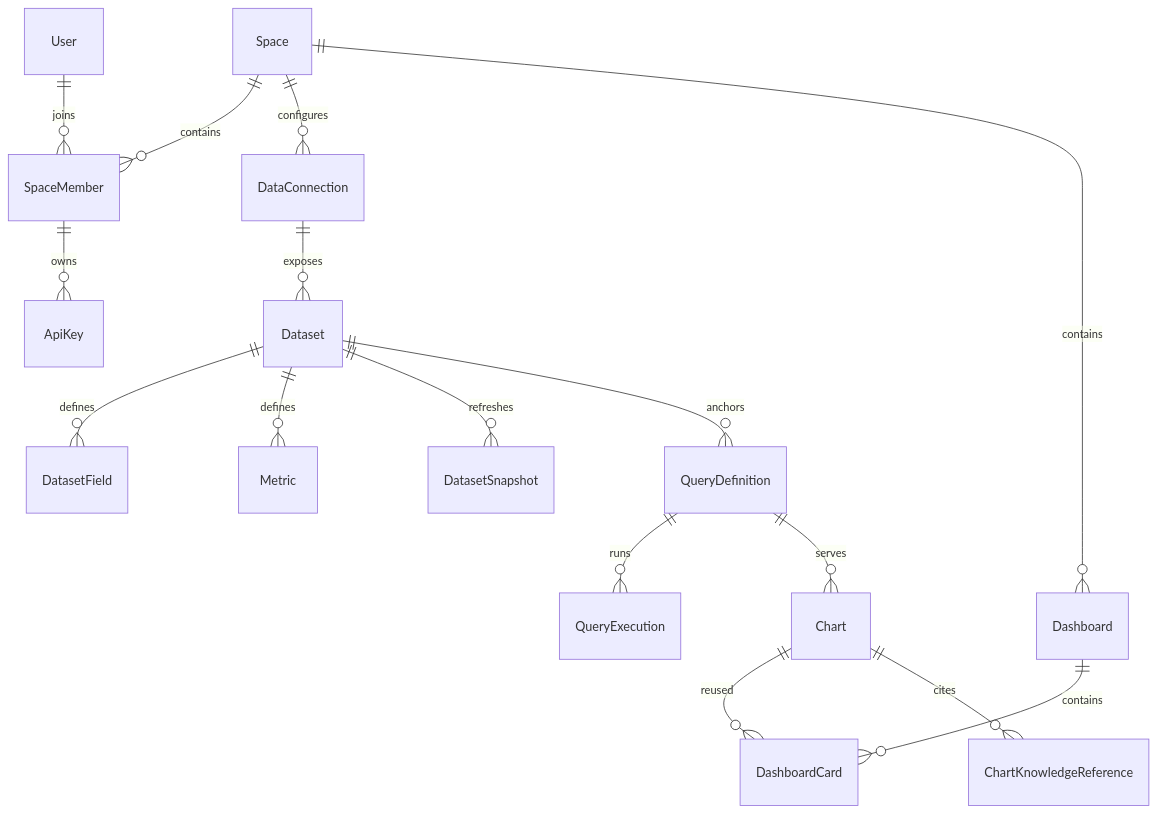
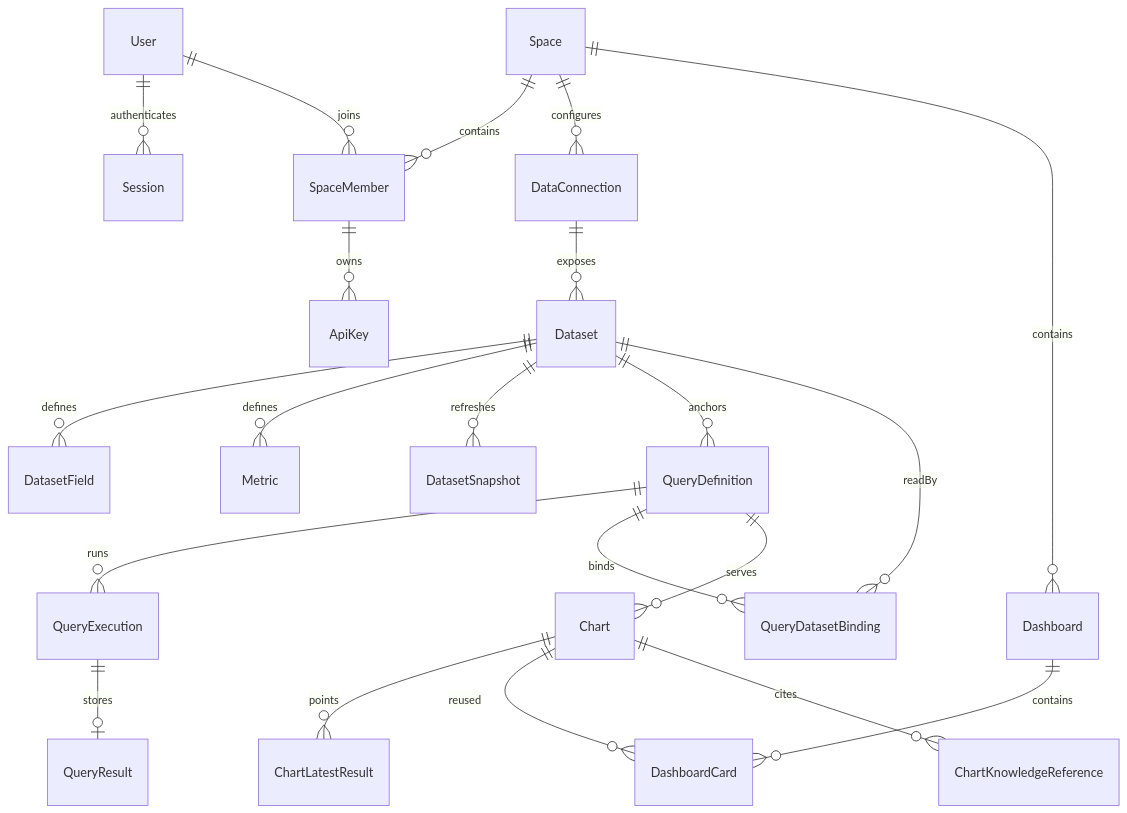
Before and after one commit to junqing258/datacube: the diagram in docs/数据库设计.md, drawn with Mermaid. The commit also changed other lines of this file and 67 other files, not shown here.

````diff
--- a/docs/数据库设计.md
+++ b/docs/数据库设计.md
@@ -7,18 +7,23 @@
 ```mermaid
 erDiagram
+    User ||--o{ Session : authenticates
     User ||--o{ SpaceMember : joins
     Space ||--o{ SpaceMember : contains
     Space ||--o{ DataConnection : configures
     DataConnection ||--o{ Dataset : exposes
     Dataset ||--o{ DatasetField : defines
     Dataset ||--o{ Metric : defines
     Dataset ||--o{ DatasetSnapshot : refreshes
     Dataset ||--o{ QueryDefinition : anchors
     QueryDefinition ||--o{ QueryExecution : runs
+    QueryExecution ||--o| QueryResult : stores
+    Chart ||--o{ ChartLatestResult : points
+    QueryDefinition ||--o{ QueryDatasetBinding : binds
+    Dataset ||--o{ QueryDatasetBinding : readBy
     QueryDefinition ||--o{ Chart : serves
     Space ||--o{ Dashboard : contains
     Dashboard ||--o{ DashboardCard : contains
     Chart ||--o{ DashboardCard : reused
     Chart ||--o{ ChartKnowledgeReference : cites
     SpaceMember ||--o{ ApiKey : owns
 ```
````
